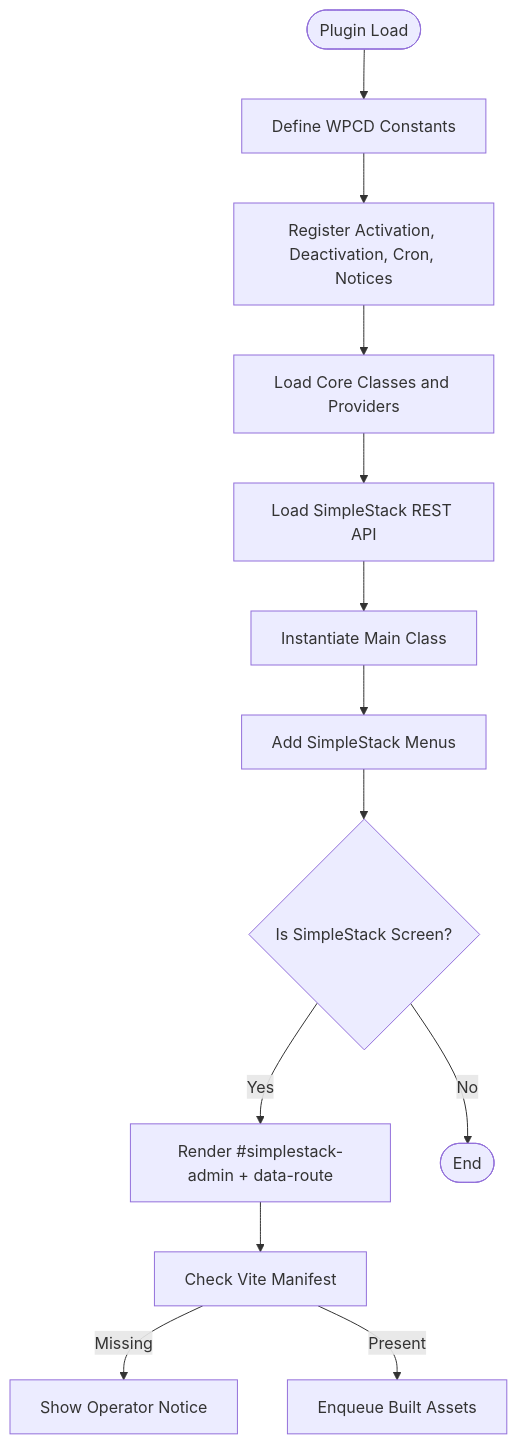
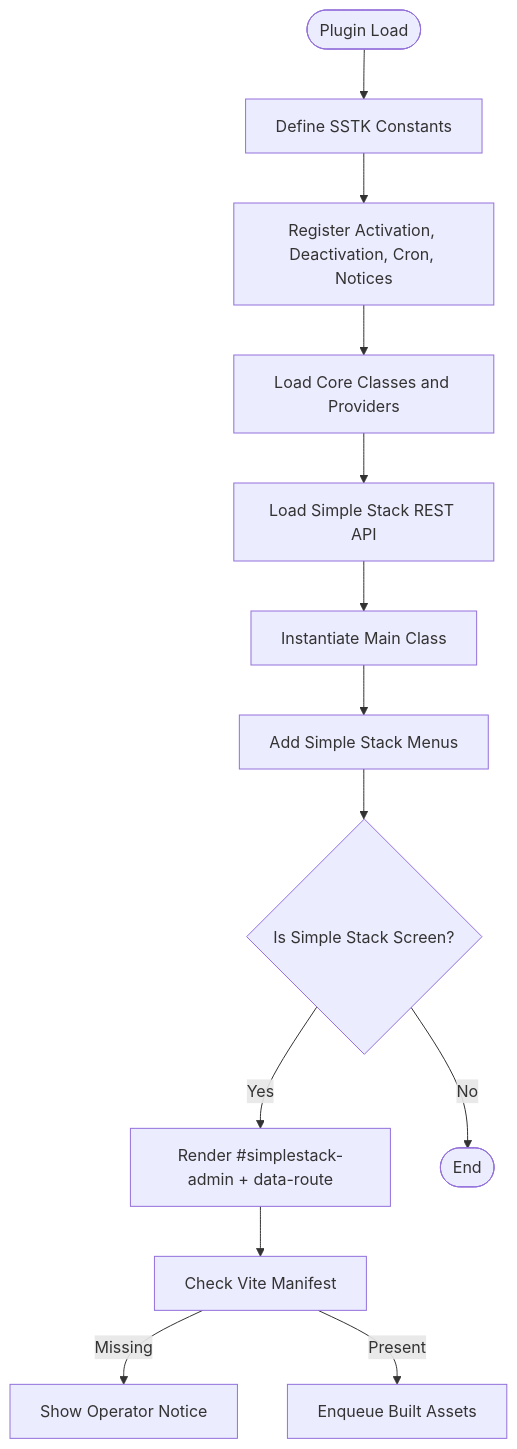
Before and after one commit to onedogsolutions/simple-stack: the third of 10 diagrams in .qoder/repowiki/en/content/System Architecture/System Architecture.md, drawn with Mermaid. The commit also changed other lines of this file and 5941 other files, not shown here.

First line of the commit message:
refactor(core): rebrand WPCloudDeploy to Simple Stack with new namespaces and prefixes

````diff
--- a/.qoder/repowiki/en/content/System Architecture/System Architecture.md
+++ b/.qoder/repowiki/en/content/System Architecture/System Architecture.md
@@ -182,15 +182,15 @@
 ```mermaid
 flowchart TD
-Start(["Plugin Load"]) --> DefineConstants["Define WPCD Constants"]
+Start(["Plugin Load"]) --> DefineConstants["Define SSTK Constants"]
 DefineConstants --> InitHooks["Register Activation, Deactivation, Cron, Notices"]
 InitHooks --> RequiredFiles["Load Core Classes and Providers"]
-RequiredFiles --> RESTInit["Load SimpleStack REST API"]
+RequiredFiles --> RESTInit["Load Simple Stack REST API"]
 RESTInit --> MainClass["Instantiate Main Class"]
-MainClass --> AdminMenu["Add SimpleStack Menus"]
-AdminMenu --> RenderScreen{"Is SimpleStack Screen?"}
+MainClass --> AdminMenu["Add Simple Stack Menus"]
+AdminMenu --> RenderScreen{"Is Simple Stack Screen?"}
 RenderScreen --> |Yes| MountContainer["Render #simplestack-admin + data-route"]
 RenderScreen --> |No| End(["End"])
 MountContainer --> CheckManifest["Check Vite Manifest"]
 CheckManifest --> |Missing| ShowNotice["Show Operator Notice"]
 CheckManifest --> |Present| EnqueueBundle["Enqueue Built Assets"]
 ```
````
